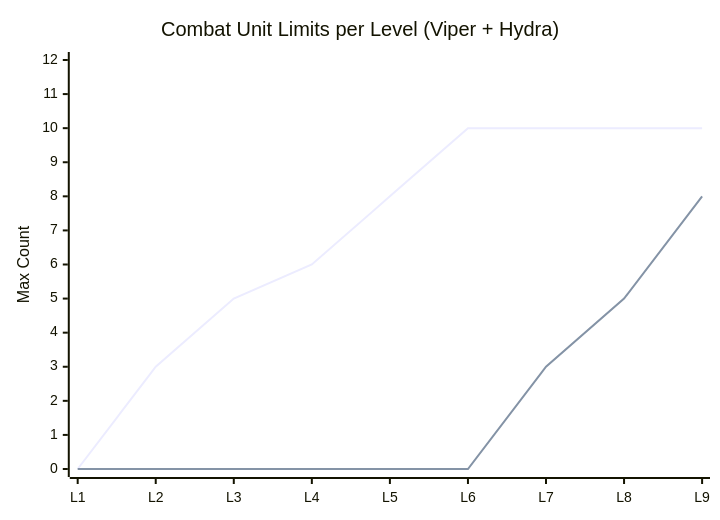
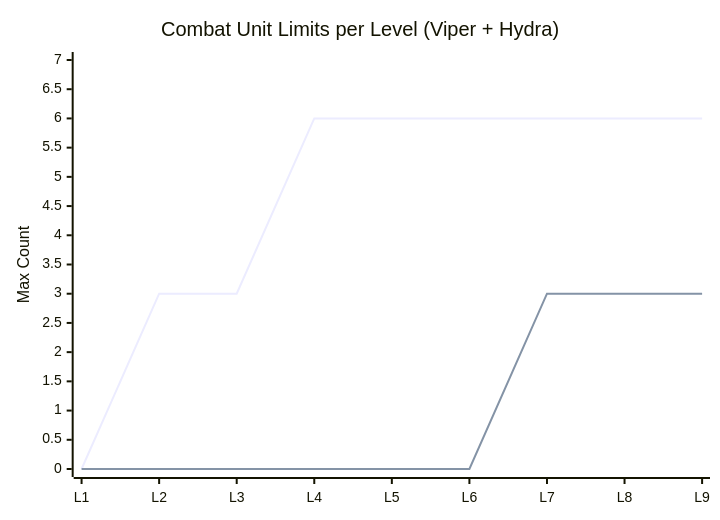
Before and after one commit to Razarion/razarion: the first of 5 diagrams in docs/game-design/phase-1-plan.md, drawn with Mermaid. The commit also changed other lines of this file and 16 other files, not shown here.

````diff
--- a/docs/game-design/phase-1-plan.md
+++ b/docs/game-design/phase-1-plan.md
@@ -193,8 +224,8 @@
 ```mermaid
 xychart-beta
     title "Combat Unit Limits per Level (Viper + Hydra)"
     x-axis ["L1", "L2", "L3", "L4", "L5", "L6", "L7", "L8", "L9"]
-    y-axis "Max Count" 0 --> 12
-    line [0, 3, 5, 6, 8, 10, 10, 10, 10]
-    line [0, 0, 0, 0, 0, 0, 3, 5, 8]
+    y-axis "Max Count" 0 --> 7
+    line [0, 3, 3, 6, 6, 6, 6, 6, 6]
+    line [0, 0, 0, 0, 0, 0, 3, 3, 3]
 ```
````
